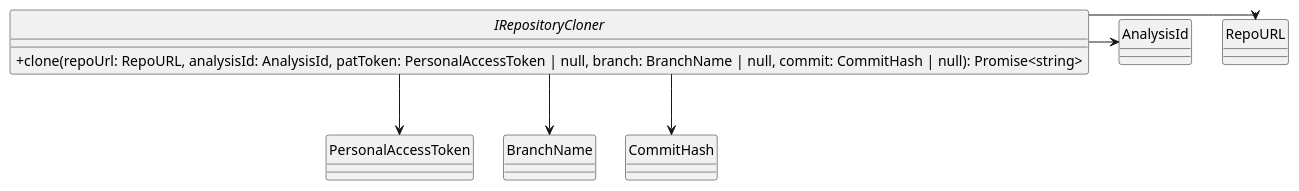
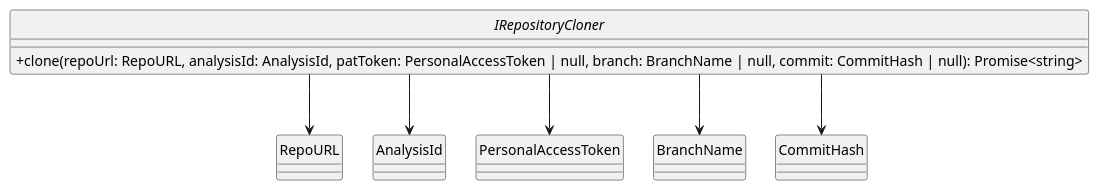
Before and after one commit to SkarabGroup/DocumentazioneProgetto: the diagram in assets/st_diagrams/code/plantuml/analysis/application/services/interfaces/repositoryCloner.interface.plantuml, drawn with PlantUML. The commit also changed 59 other files, not shown here.

```diff
--- a/assets/st_diagrams/code/plantuml/analysis/application/services/interfaces/repositoryCloner.interface.plantuml
+++ b/assets/st_diagrams/code/plantuml/analysis/application/services/interfaces/repositoryCloner.interface.plantuml
@@ -1,18 +1,18 @@
 @startuml IRepositoryCloner
 skinparam componentStyle uml2.5
 skinparam linetype ortho
 skinparam nodesep 30
 skinparam ranksep 30
 skinparam ClassAttributeIconSize 0
 hide circles
 
 interface IRepositoryCloner {
     + clone(repoUrl: RepoURL, analysisId: AnalysisId, patToken: PersonalAccessToken | null, branch: BranchName | null, commit: CommitHash | null): Promise<string>
 }
 
-IRepositoryCloner --right-> RepoURL
-IRepositoryCloner --right-> AnalysisId
+IRepositoryCloner --down-> RepoURL
+IRepositoryCloner --down-> AnalysisId
 IRepositoryCloner --down-> PersonalAccessToken
 IRepositoryCloner --down-> BranchName
 IRepositoryCloner --down-> CommitHash
 @enduml
```
